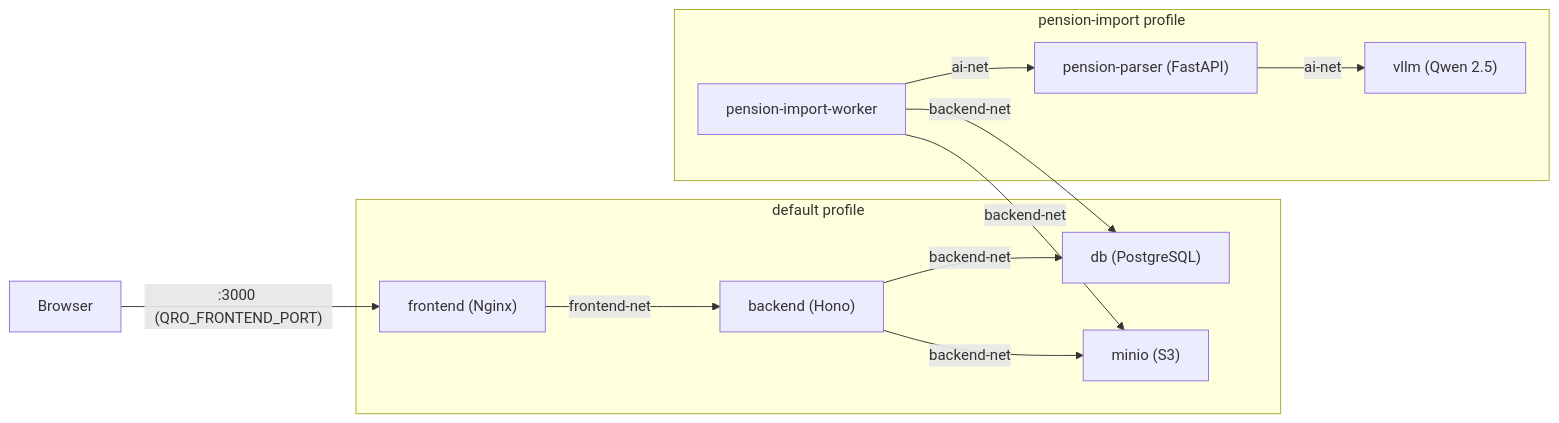
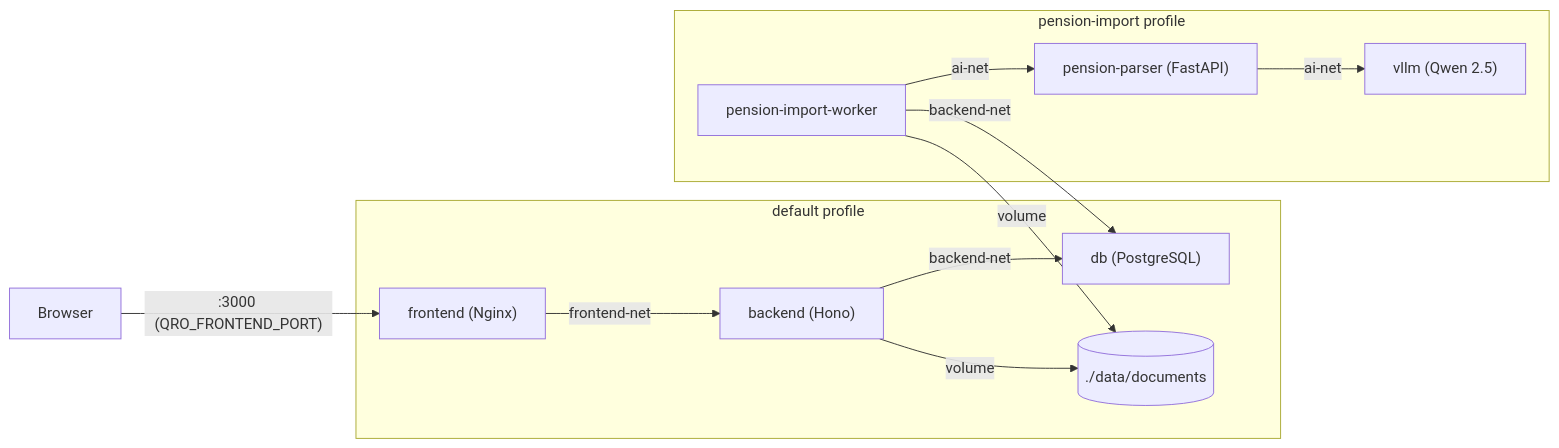
The first of 3 diagrams in docs/architecture.md (Pieter-OHearn/quro), drawn with Mermaid before and after one commit. The commit also changed other lines of this file and 61 other files, not shown here.

````diff
--- a/docs/architecture.md
+++ b/docs/architecture.md
@@ -29,24 +28,24 @@
 ```mermaid
 graph LR
   Browser -->|":3000 (QRO_FRONTEND_PORT)"| frontend
 
   subgraph "default profile"
     frontend["frontend (Nginx)"]
     backend["backend (Hono)"]
     db["db (PostgreSQL)"]
-    minio["minio (S3)"]
+    documents[("./data/documents")]
     frontend -->|frontend-net| backend
     backend -->|backend-net| db
-    backend -->|backend-net| minio
+    backend -->|volume| documents
   end
 
   subgraph "pension-import profile"
     worker["pension-import-worker"]
     parser["pension-parser (FastAPI)"]
     vllm["vllm (Qwen 2.5)"]
     worker -->|backend-net| db
-    worker -->|backend-net| minio
+    worker -->|volume| documents
     worker -->|ai-net| parser
     parser -->|ai-net| vllm
   end
 ```
````
